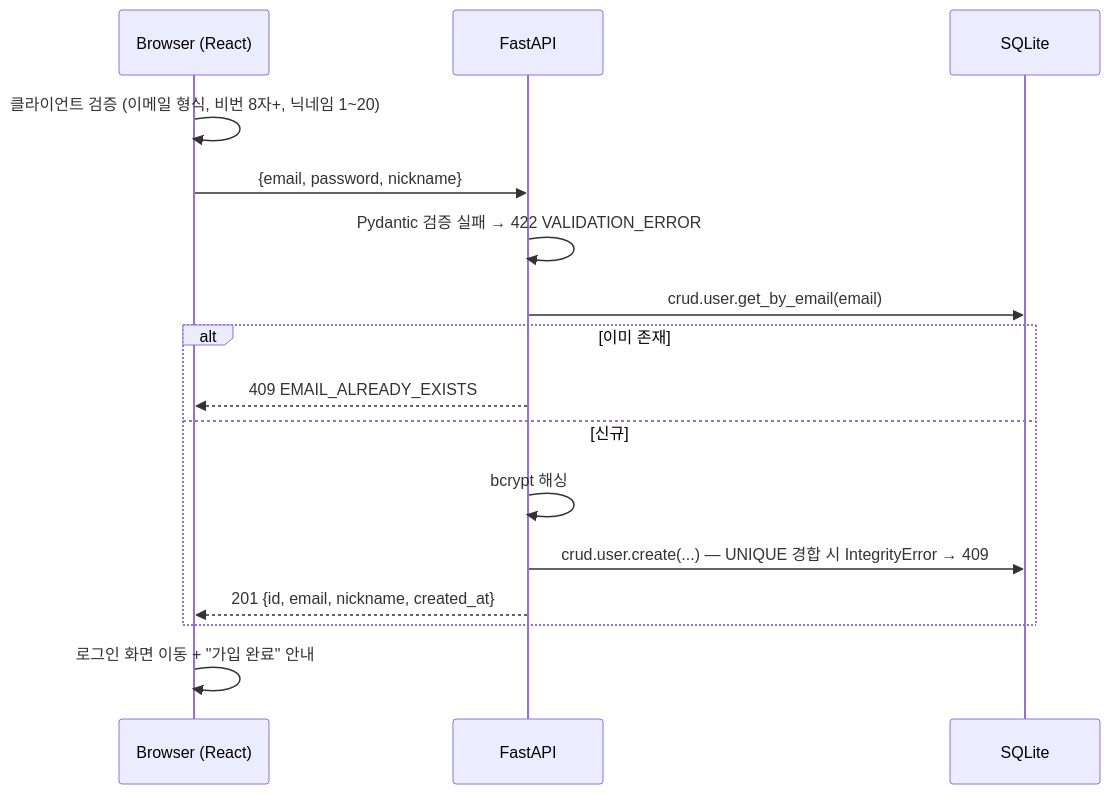
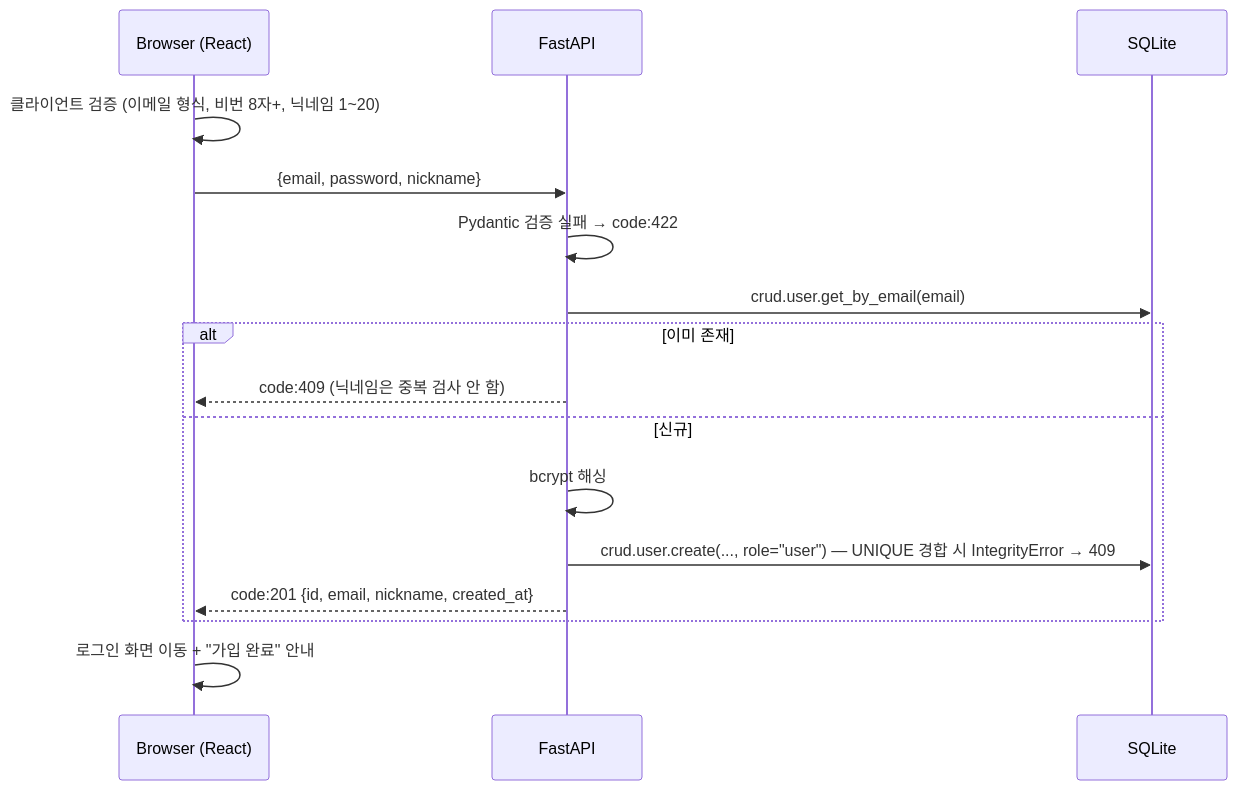
One commit to b7-1-chatbot-team/B7-1-chatbot changed the second of 6 diagrams in docs/02-architecture.md. Above: the diagram before and after it, drawn with Mermaid. The commit also changed other lines of this file and 11 other files, not shown here.

````diff
--- a/docs/02-architecture.md
+++ b/docs/02-architecture.md
@@ -169,18 +188,18 @@
 ```mermaid
 sequenceDiagram
     participant B as Browser (React)
     participant A as FastAPI
     participant D as SQLite
     B->>B: 클라이언트 검증 (이메일 형식, 비번 8자+, 닉네임 1~20)
     B->>A: {email, password, nickname}
-    A->>A: Pydantic 검증 실패 → 422 VALIDATION_ERROR
+    A->>A: Pydantic 검증 실패 → code:422
     A->>D: crud.user.get_by_email(email)
     alt 이미 존재
-        A-->>B: 409 EMAIL_ALREADY_EXISTS
+        A-->>B: code:409 (닉네임은 중복 검사 안 함)
     else 신규
         A->>A: bcrypt 해싱
-        A->>D: crud.user.create(...) — UNIQUE 경합 시 IntegrityError → 409
-        A-->>B: 201 {id, email, nickname, created_at}
+        A->>D: crud.user.create(..., role="user") — UNIQUE 경합 시 IntegrityError → 409
+        A-->>B: code:201 {id, email, nickname, created_at}
     end
     B->>B: 로그인 화면 이동 + "가입 완료" 안내
 ```
````
